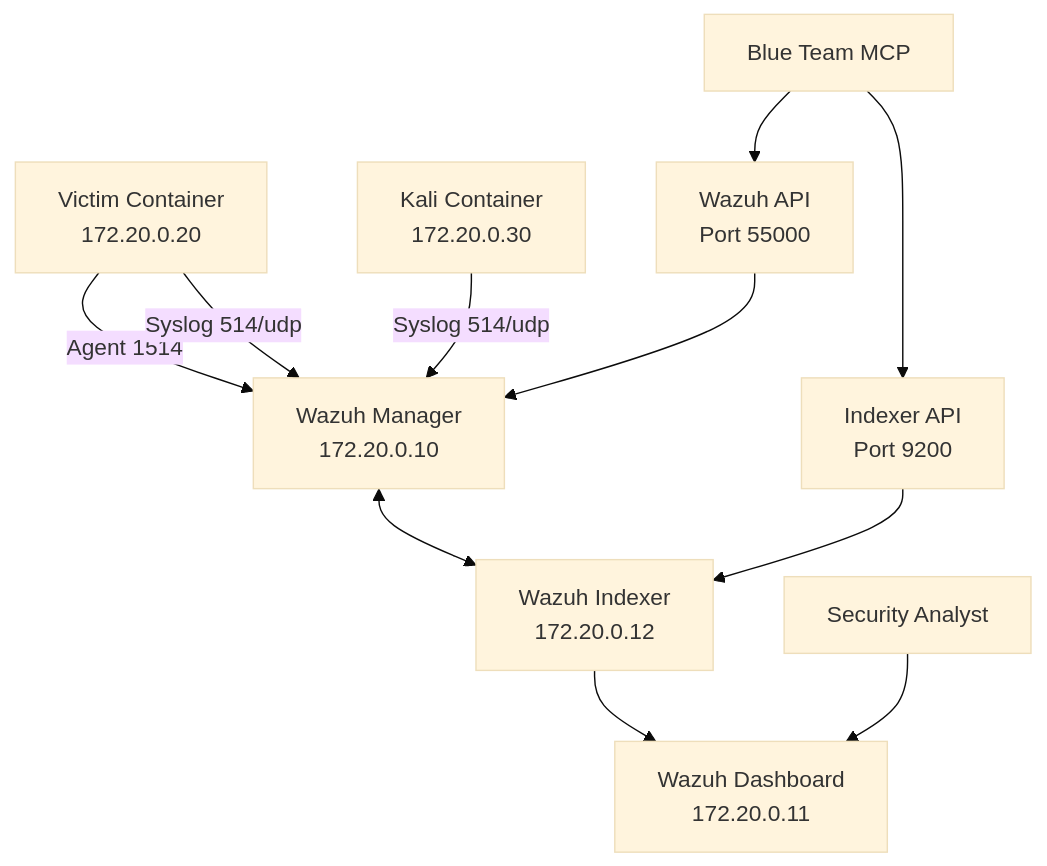
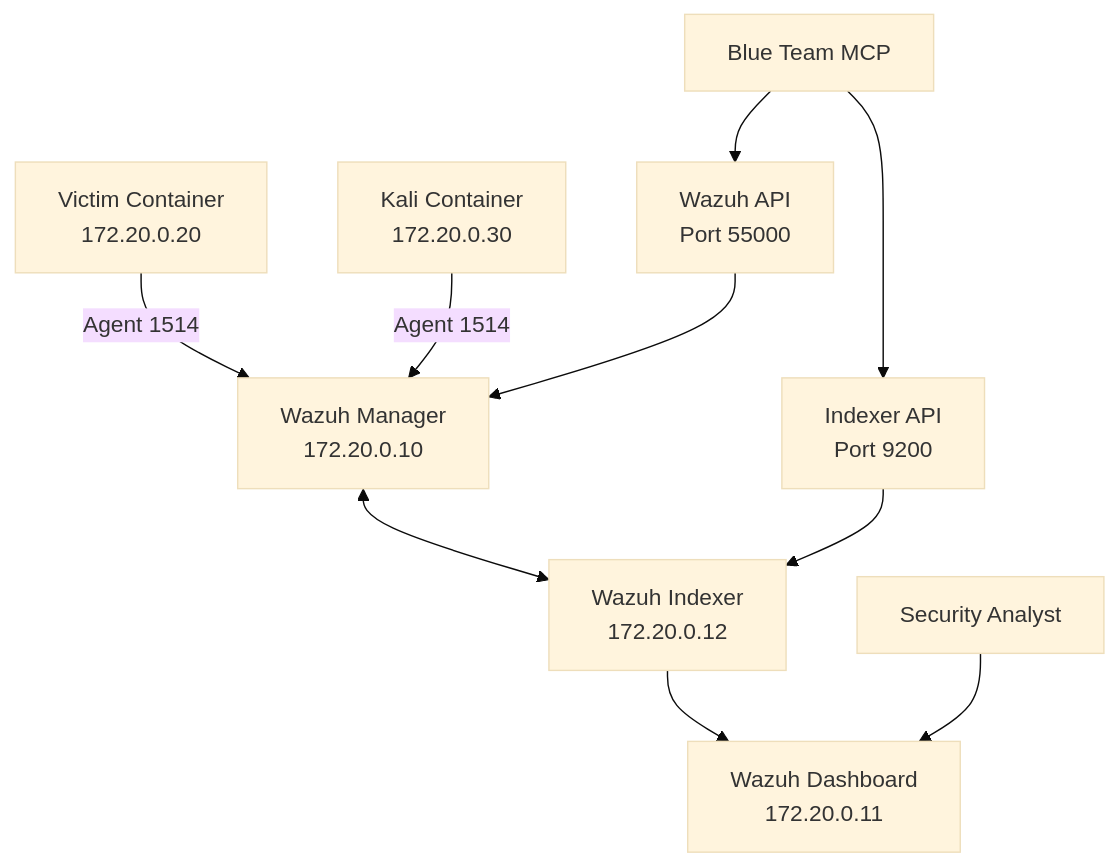
The diagram in docs/components/wazuh-siem.md (PaloAltoNetworks/shifter), drawn with Mermaid (base theme) before and after one commit. The commit also changed 11 other files, not shown here.

First line of the commit message:
Add Kali Wazuh agent for CLI command logging

````diff
--- a/docs/components/wazuh-siem.md
+++ b/docs/components/wazuh-siem.md
@@ -13,16 +13,15 @@
 ```mermaid
 flowchart TD
     J[Victim Container<br/>172.20.0.20] --> |Agent 1514| G[Wazuh Manager<br/>172.20.0.10]
-    J --> |Syslog 514/udp| G
-    L[Kali Container<br/>172.20.0.30] --> |Syslog 514/udp| G
+    L[Kali Container<br/>172.20.0.30] --> |Agent 1514| G
     
     G <--> H[Wazuh Indexer<br/>172.20.0.12]
     H --> I[Wazuh Dashboard<br/>172.20.0.11]
     
     B[Blue Team MCP] --> E[Wazuh API<br/>Port 55000]
     B --> F[Indexer API<br/>Port 9200]
     E --> G
     F --> H
     
     M[Security Analyst] --> I
 ```
````
